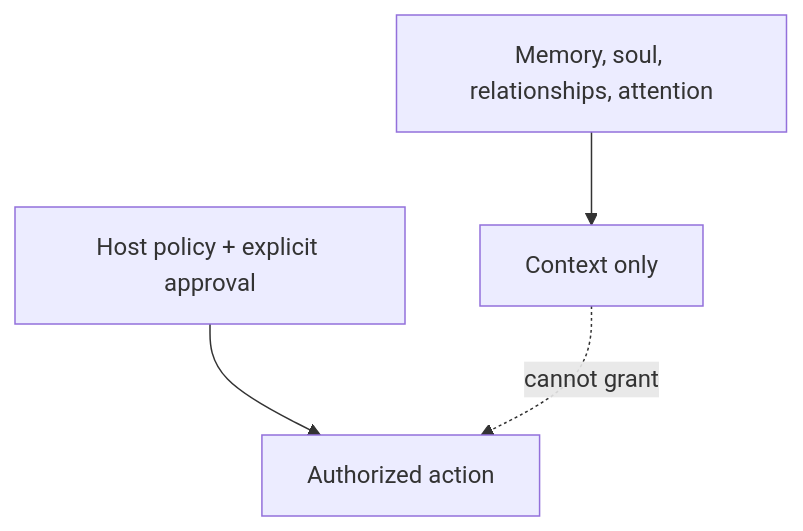
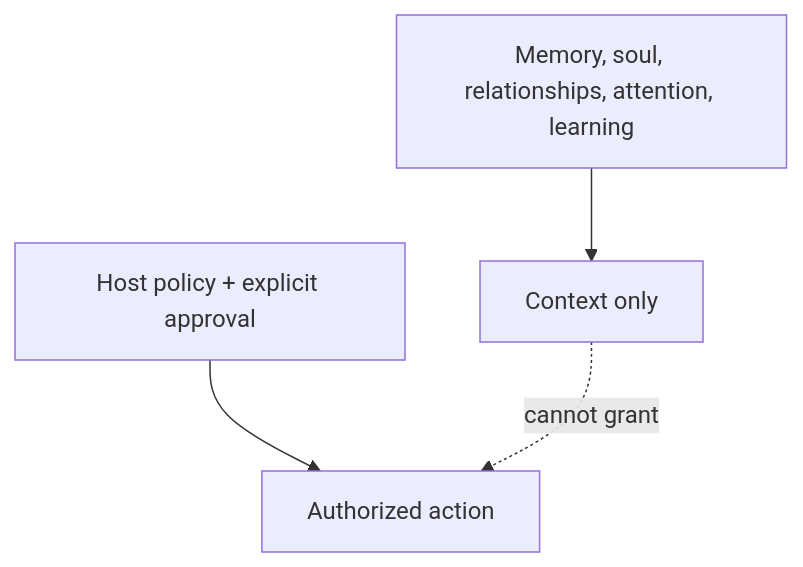
One commit to Maykbiletti/AgentSpine changed the third of 3 diagrams in docs/architecture.md. Above: the diagram before and after it, drawn with Mermaid. The commit also changed other lines of this file and 19 other files, not shown here.

````diff
--- a/docs/architecture.md
+++ b/docs/architecture.md
@@ -69,6 +69,6 @@
 ```mermaid
 flowchart TB
     P["Host policy + explicit approval"] --> A["Authorized action"]
-    M["Memory, soul, relationships, attention"] --> C["Context only"]
+    M["Memory, soul, relationships, attention, learning"] --> C["Context only"]
     C -. "cannot grant" .-> A
 ```
````
